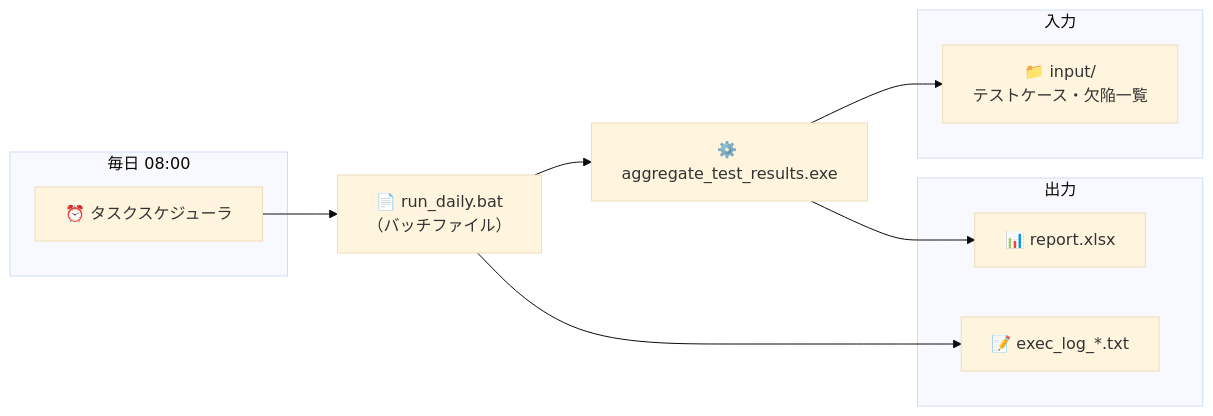
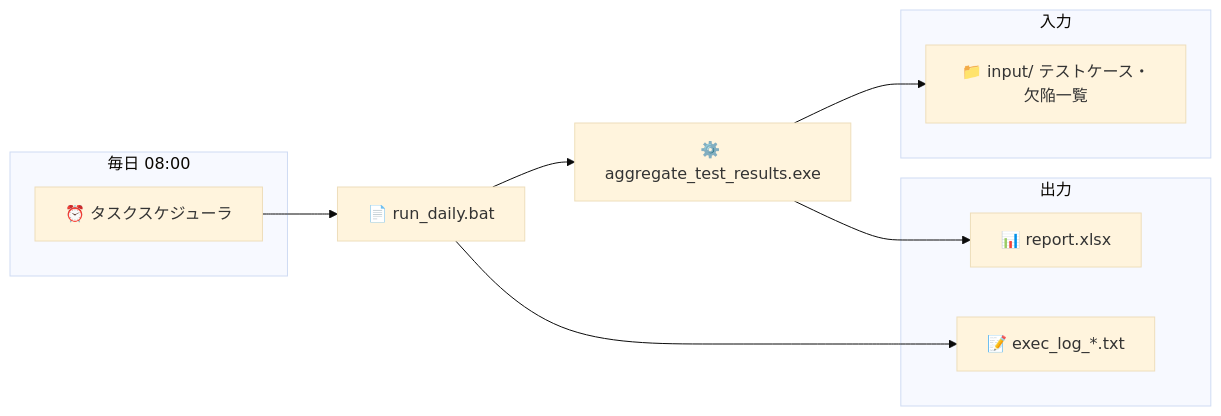
The first of 3 diagrams in docs/定期実行設定ガイド.md (makio-dev/test-progress-collector), drawn with Mermaid (base theme) before and after one commit. The commit also changed other lines of this file and 2 other files, not shown here.

First line of the commit message:
ドキュメント修正: Mermaid内の \n を除去

````diff
--- a/docs/定期実行設定ガイド.md
+++ b/docs/定期実行設定ガイド.md
@@ -23,20 +23,20 @@
 ```mermaid
 flowchart LR
     subgraph 毎日 08:00
         TS["⏰ タスクスケジューラ"]
     end
-    TS --> BAT["📄 run_daily.bat\n（バッチファイル）"]
+    TS --> BAT["📄 run_daily.bat"]
     BAT --> EXE["⚙️ aggregate_test_results.exe"]
 
     subgraph 入力
-        IN["📁 input/\nテストケース・欠陥一覧"]
+        IN["📁 input/ テストケース・欠陥一覧"]
     end
     subgraph 出力
         REP["📊 report.xlsx"]
         LOG["📝 exec_log_*.txt"]
     end
 
     EXE --> IN
     EXE --> REP
     BAT --> LOG
 ```
````
